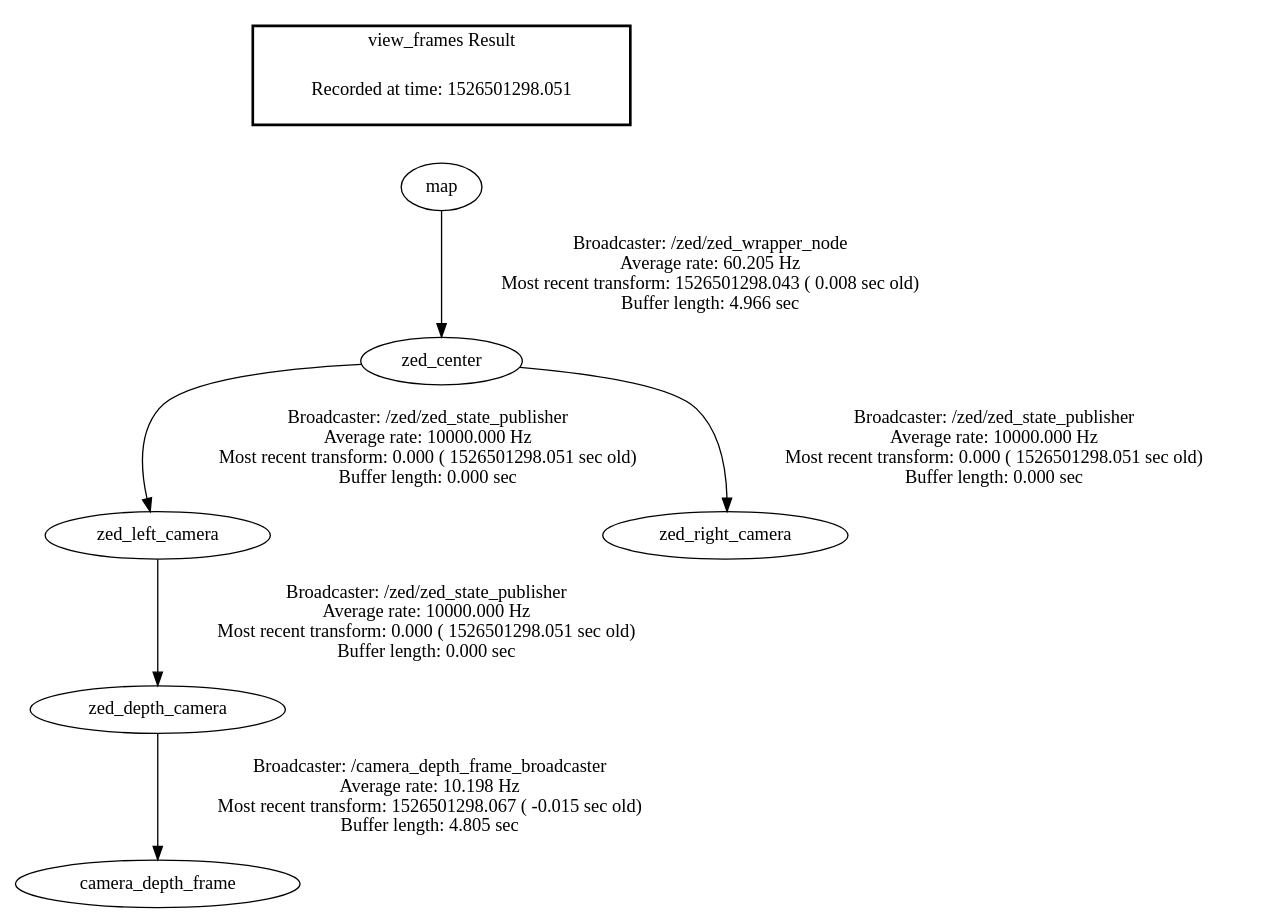
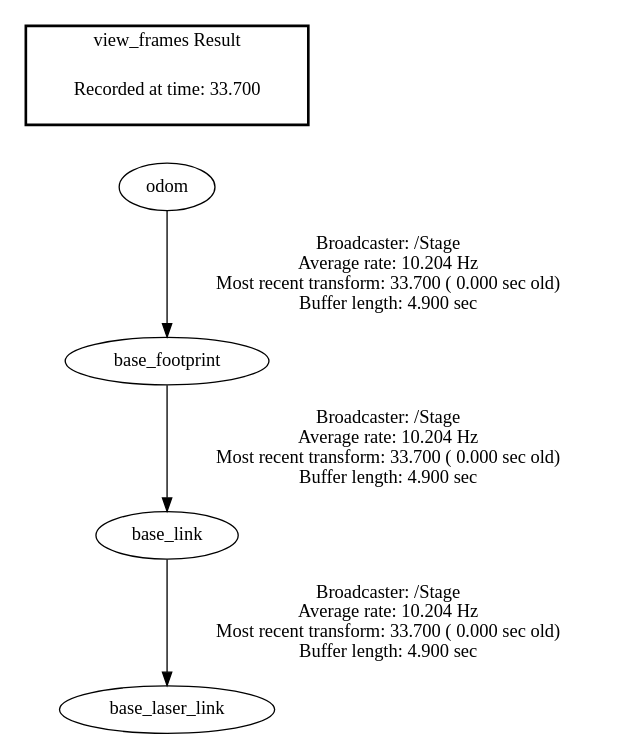
The diagram in src/arania_arco/tf/frames.gv (fgomezgo/ttrax), drawn with Graphviz before and after one commit. The commit also changed 1 other file, not shown here.

```diff
--- a/src/arania_arco/tf/frames.gv
+++ b/src/arania_arco/tf/frames.gv
@@ -1,11 +1,9 @@
 digraph G {
-"zed_left_camera" -> "zed_depth_camera"[label="Broadcaster: /zed/zed_state_publisher\nAverage rate: 10000.000 Hz\nMost recent transform: 0.000 ( 1526501298.051 sec old)\nBuffer length: 0.000 sec\n"];
-"zed_center" -> "zed_left_camera"[label="Broadcaster: /zed/zed_state_publisher\nAverage rate: 10000.000 Hz\nMost recent transform: 0.000 ( 1526501298.051 sec old)\nBuffer length: 0.000 sec\n"];
-"map" -> "zed_center"[label="Broadcaster: /zed/zed_wrapper_node\nAverage rate: 60.205 Hz\nMost recent transform: 1526501298.043 ( 0.008 sec old)\nBuffer length: 4.966 sec\n"];
-"zed_center" -> "zed_right_camera"[label="Broadcaster: /zed/zed_state_publisher\nAverage rate: 10000.000 Hz\nMost recent transform: 0.000 ( 1526501298.051 sec old)\nBuffer length: 0.000 sec\n"];
-"zed_depth_camera" -> "camera_depth_frame"[label="Broadcaster: /camera_depth_frame_broadcaster\nAverage rate: 10.198 Hz\nMost recent transform: 1526501298.067 ( -0.015 sec old)\nBuffer length: 4.805 sec\n"];
+"base_link" -> "base_laser_link"[label="Broadcaster: /Stage\nAverage rate: 10.204 Hz\nMost recent transform: 33.700 ( 0.000 sec old)\nBuffer length: 4.900 sec\n"];
+"base_footprint" -> "base_link"[label="Broadcaster: /Stage\nAverage rate: 10.204 Hz\nMost recent transform: 33.700 ( 0.000 sec old)\nBuffer length: 4.900 sec\n"];
+"odom" -> "base_footprint"[label="Broadcaster: /Stage\nAverage rate: 10.204 Hz\nMost recent transform: 33.700 ( 0.000 sec old)\nBuffer length: 4.900 sec\n"];
 edge [style=invis];
  subgraph cluster_legend { style=bold; color=black; label ="view_frames Result";
-"Recorded at time: 1526501298.051"[ shape=plaintext ] ;
- }->"map";
+"Recorded at time: 33.700"[ shape=plaintext ] ;
+ }->"odom";
 }
```
